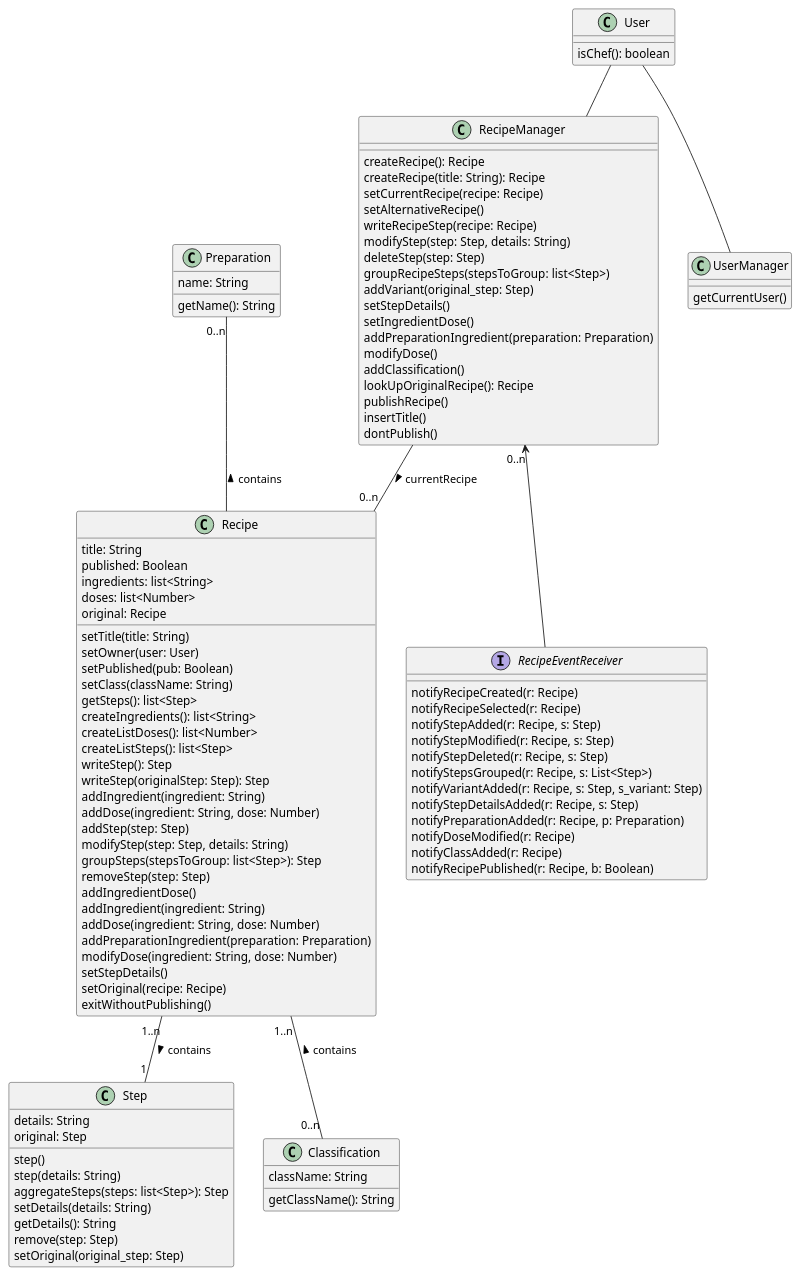
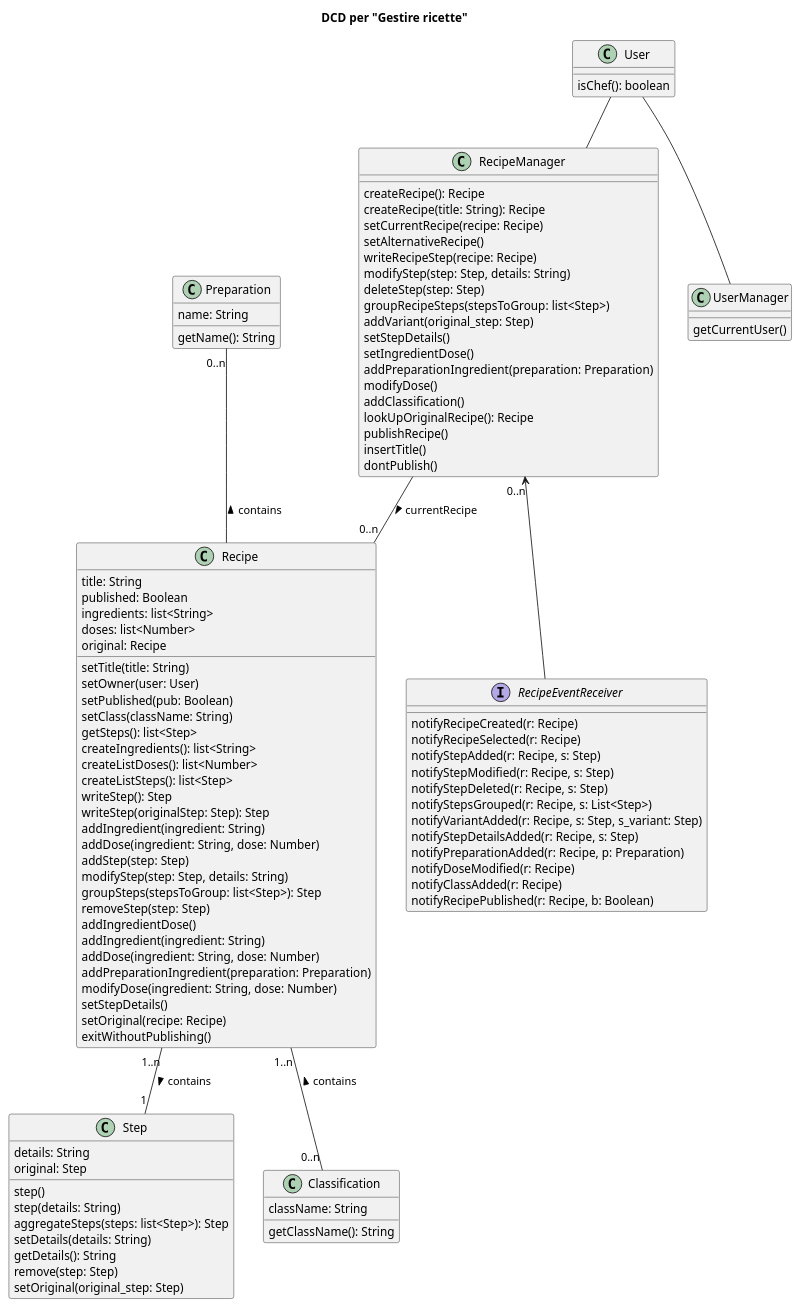
The diagram in dcd/dcd-ricette.md (m0canu1/sas), drawn with PlantUML before and after one commit. The commit also changed 11 other files, not shown here.

````diff
--- a/dcd/dcd-ricette.md
+++ b/dcd/dcd-ricette.md
@@ -1,5 +1,5 @@
 ```plantuml
-
+title: DCD per "Gestire ricette"
 Interface RecipeEventReceiver {
     notifyRecipeCreated(r: Recipe)
     notifyRecipeSelected(r: Recipe)
````
